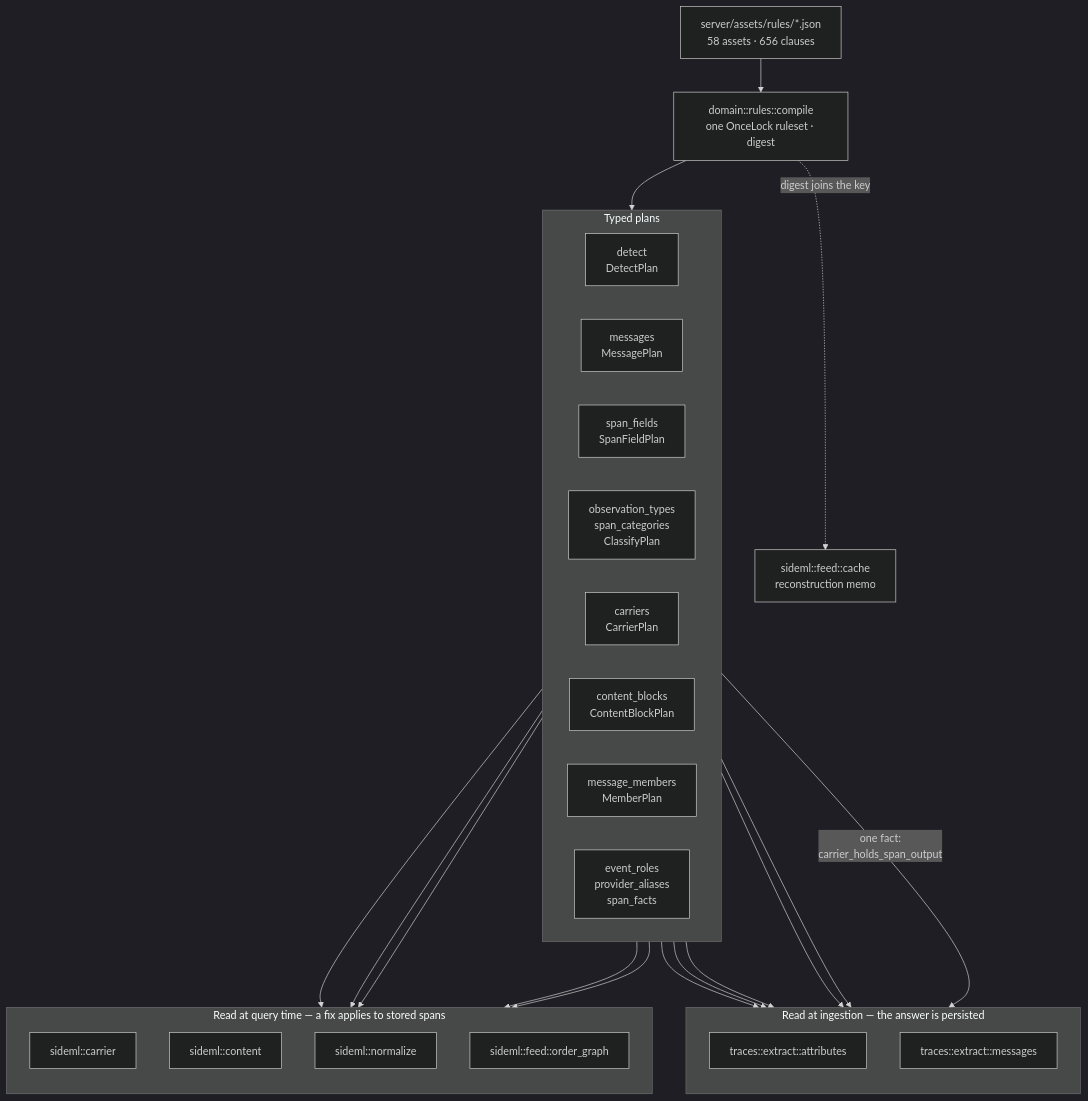
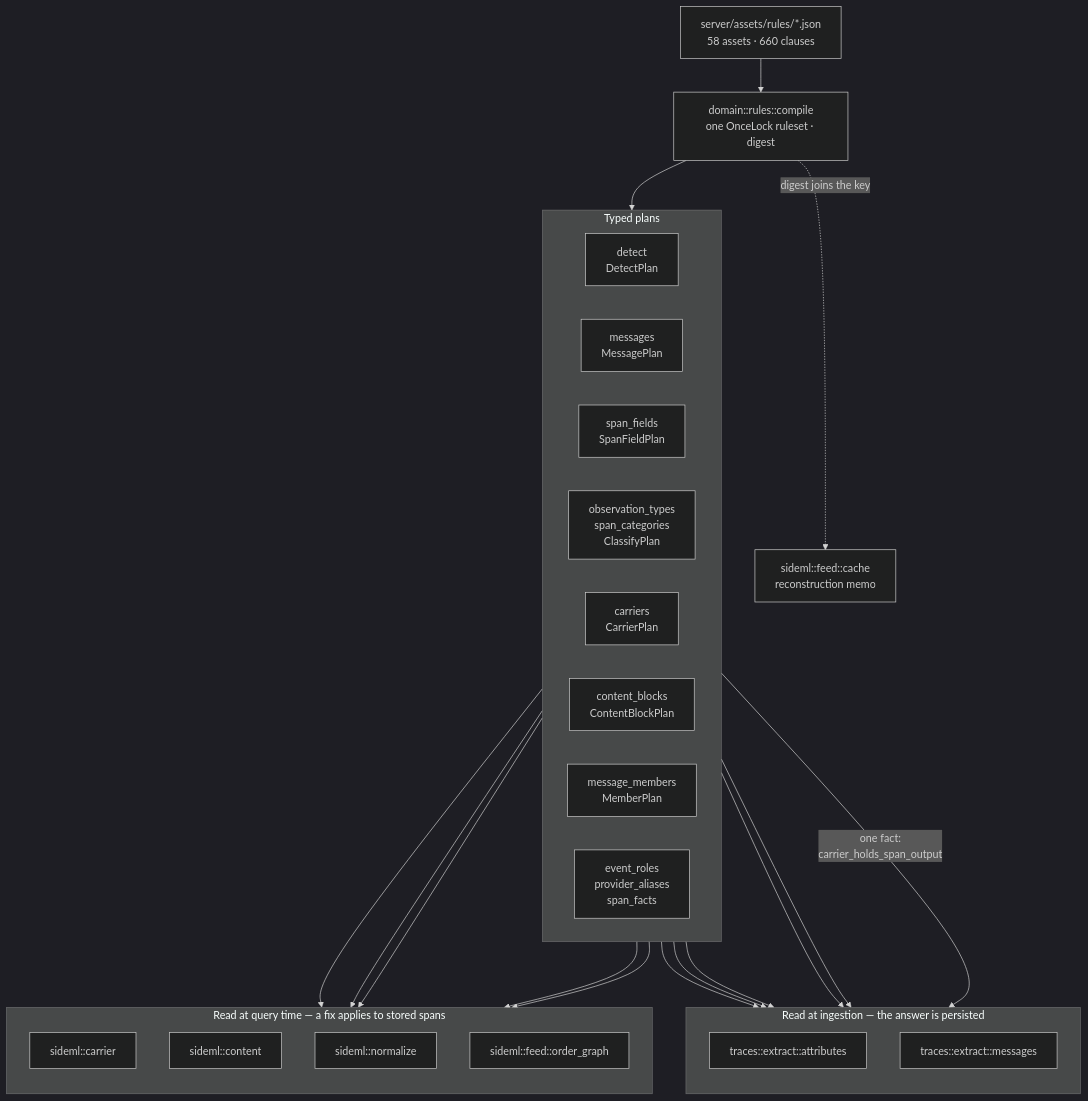
Before and after one commit to sideseat/sideseat: the first of 7 diagrams in docs/engineering/architecture-diagrams.md, drawn with Mermaid (dark theme). The commit also changed 627 other files, not shown here.

````diff
--- a/docs/engineering/architecture-diagrams.md
+++ b/docs/engineering/architecture-diagrams.md
@@ -18,47 +18,47 @@
 ```mermaid
 flowchart TB
-    assets["server/assets/rules/*.json<br/>58 assets · 656 clauses"]
+    assets["server/assets/rules/*.json<br/>58 assets · 660 clauses"]
     compile["domain::rules::compile<br/>one OnceLock ruleset · digest"]
     assets --> compile
 
     subgraph plans["Typed plans"]
         direction LR
         detect["detect<br/>DetectPlan"]
         messages["messages<br/>MessagePlan"]
         fields["span_fields<br/>SpanFieldPlan"]
         classify["observation_types<br/>span_categories<br/>ClassifyPlan"]
         carriers["carriers<br/>CarrierPlan"]
         blocks["content_blocks<br/>ContentBlockPlan"]
         members["message_members<br/>MemberPlan"]
         roles["event_roles<br/>provider_aliases<br/>span_facts"]
     end
     compile --> plans
 
     subgraph ingest["Read at ingestion — the answer is persisted"]
         direction TB
         attrs["traces::extract::attributes"]
         msgs["traces::extract::messages"]
     end
 
     subgraph query["Read at query time — a fix applies to stored spans"]
         direction TB
         carrier["sideml::carrier"]
         content["sideml::content"]
         normalize["sideml::normalize"]
         order["sideml::feed::order_graph"]
     end
 
     detect --> attrs
     fields --> attrs
     classify --> attrs
     roles --> attrs
     messages --> msgs
     carriers -->|"one fact:<br/>carrier_holds_span_output"| msgs
     carriers --> carrier
     carriers --> order
     blocks --> content
     members --> content
     roles --> normalize
 
     compile -. "digest joins the key" .-> cache["sideml::feed::cache<br/>reconstruction memo"]
 ```
````
